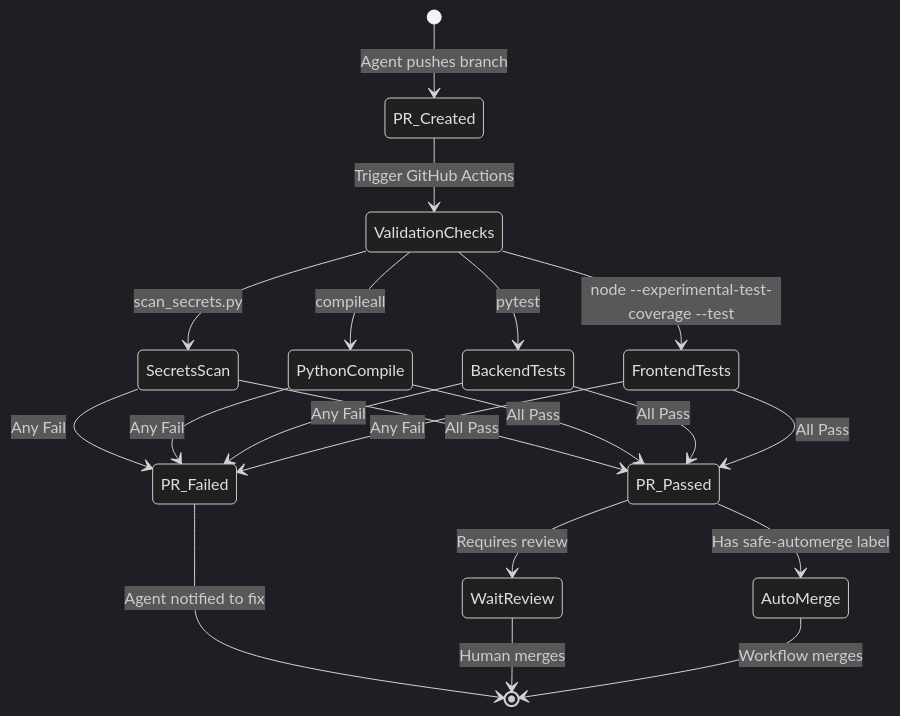
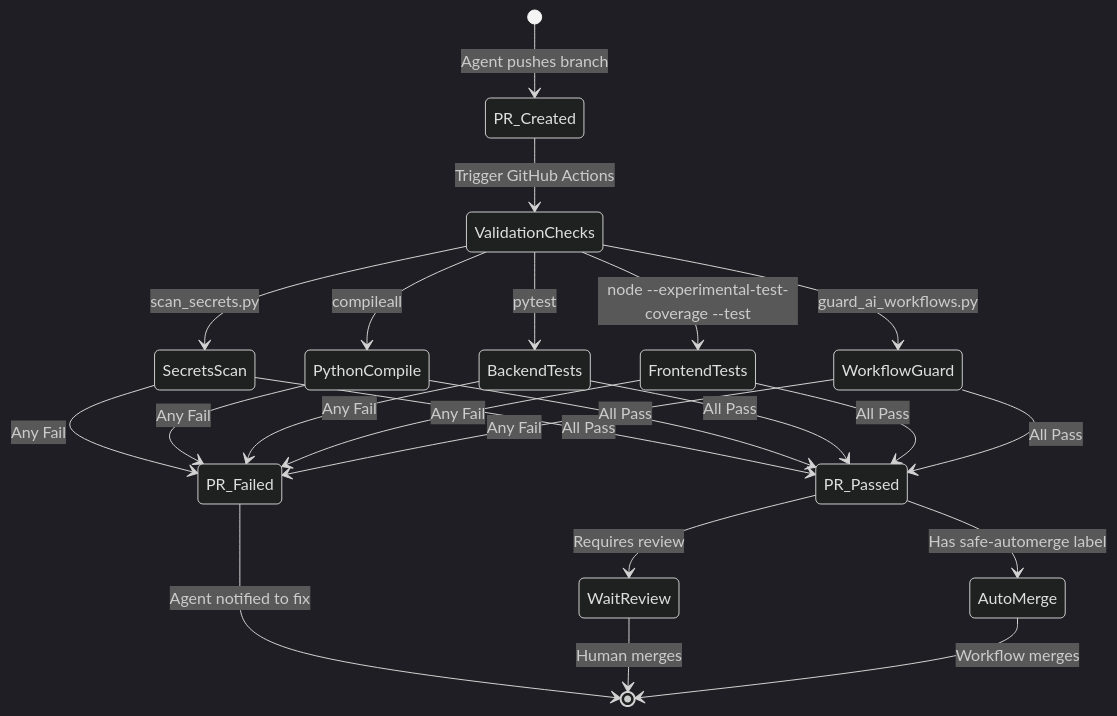
One commit to Helloguys3324/orchestratot changed the second of 3 diagrams in README.md. Above: the diagram before and after it, drawn with Mermaid (dark theme). The commit also changed other lines of this file and 3 other files, not shown here.

````diff
--- a/README.md
+++ b/README.md
@@ -64,22 +64,25 @@
 ```mermaid
 stateDiagram-v2
     [*] --> PR_Created: Agent pushes branch
     PR_Created --> ValidationChecks: Trigger GitHub Actions
     ValidationChecks --> SecretsScan: scan_secrets.py
     ValidationChecks --> PythonCompile: compileall
     ValidationChecks --> BackendTests: pytest
     ValidationChecks --> FrontendTests: node --experimental-test-coverage --test
+    ValidationChecks --> WorkflowGuard: guard_ai_workflows.py
     SecretsScan --> PR_Passed: All Pass
     PythonCompile --> PR_Passed: All Pass
     BackendTests --> PR_Passed: All Pass
     FrontendTests --> PR_Passed: All Pass
+    WorkflowGuard --> PR_Passed: All Pass
     SecretsScan --> PR_Failed: Any Fail
     PythonCompile --> PR_Failed: Any Fail
     BackendTests --> PR_Failed: Any Fail
     FrontendTests --> PR_Failed: Any Fail
+    WorkflowGuard --> PR_Failed: Any Fail
     PR_Failed --> [*]: Agent notified to fix
     PR_Passed --> WaitReview: Requires review
     PR_Passed --> AutoMerge: Has safe-automerge label
     WaitReview --> [*]: Human merges
     AutoMerge --> [*]: Workflow merges
 ```
````
